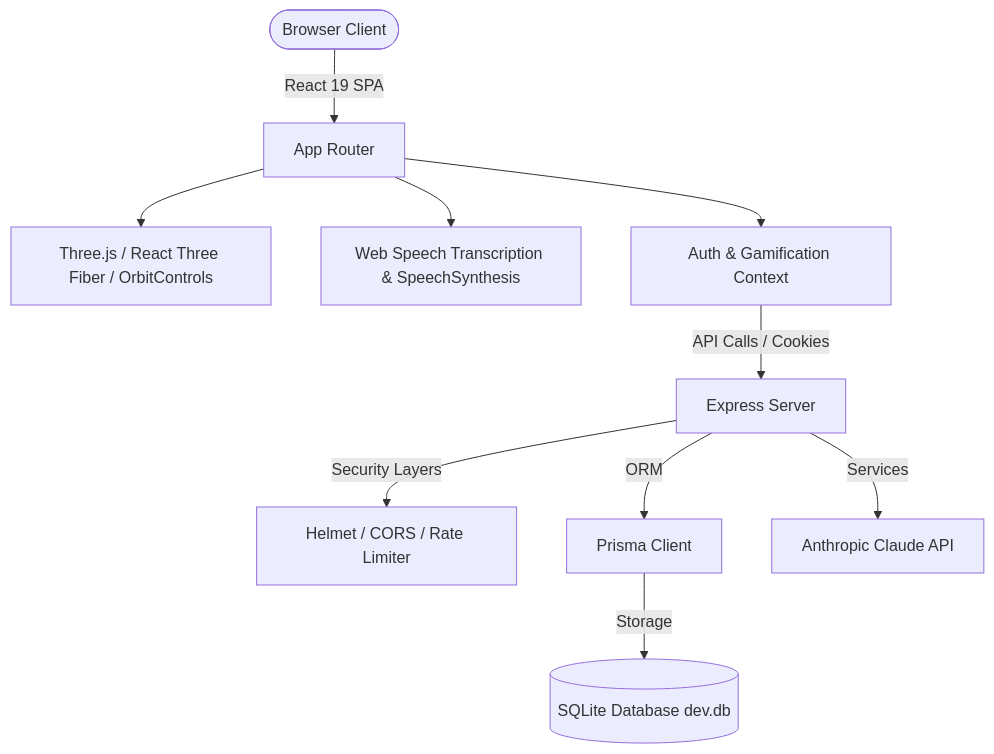
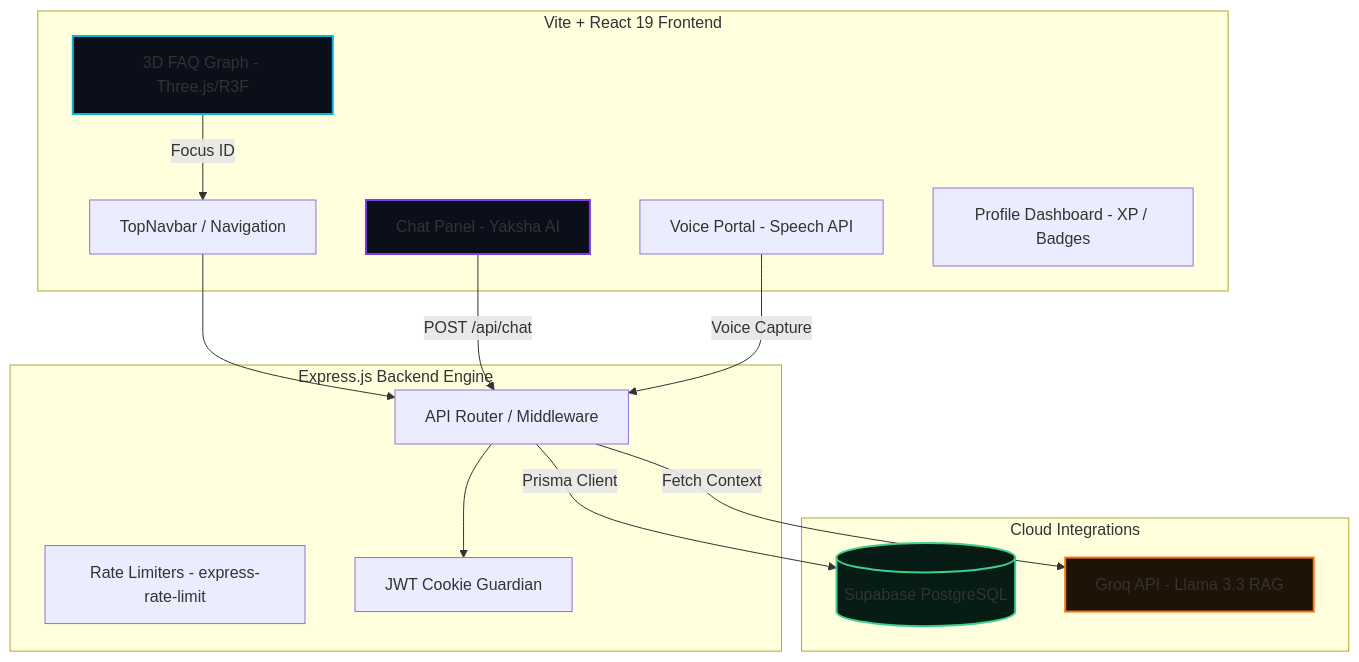
One commit to badgujarkunal93-blip/CS-FAQ-Phase-1-Project changed the diagram in README.md. Above: the diagram before and after it, drawn with Mermaid. The commit also changed other lines of this file, not shown here.

Commit message:
Upgraded README.md with technology badges, Mermaid architecture diagrams, and clean deployment guidelines

````diff
--- a/README.md
+++ b/README.md
@@ -28,14 +19,39 @@
 ```mermaid
 graph TD
-  User([Browser Client]) -->|React 19 SPA| Router[App Router]
-  Router --> R3F[Three.js / React Three Fiber / OrbitControls]
-  Router --> Voice[Web Speech Transcription & SpeechSynthesis]
-  Router --> AuthContext[Auth & Gamification Context]
-  
-  AuthContext -->|API Calls / Cookies| Express[Express Server]
-  Express -->|Security Layers| Helmet[Helmet / CORS / Rate Limiter]
-  Express -->|ORM| Prisma[Prisma Client]
-  Prisma -->|Storage| SQLite[(SQLite Database dev.db)]
-  
-  Express -->|Services| Claude[Anthropic Claude API]
+    %% Frontend Components
+    subgraph Client [Vite + React 19 Frontend]
+        UI[TopNavbar / Navigation]
+        Graph[3D FAQ Graph - Three.js/R3F]
+        Chat[Chat Panel - Yaksha AI]
+        Voice[Voice Portal - Speech API]
+        Spurti[Profile Dashboard - XP / Badges]
+    end
+
+    %% Backend Components
+    subgraph Server [Express.js Backend Engine]
+        API[API Router / Middleware]
+        Limiter[Rate Limiters - express-rate-limit]
+        Auth[JWT Cookie Guardian]
+    end
+
+    %% Integrations
+    subgraph Services [Cloud Integrations]
+        Postgres[(Supabase PostgreSQL)]
+        Groq[Groq API - Llama 3.3 RAG]
+    end
+
+    %% Connections
+    UI --> API
+    Chat -->|POST /api/chat| API
+    Voice -->|Voice Capture| API
+    Graph -->|Focus ID| UI
+    
+    API --> Auth
+    API -->|Prisma Client| Postgres
+    API -->|Fetch Context| Groq
+    
+    style Graph fill:#0b0f19,stroke:#06b6d4,stroke-width:2px
+    style Chat fill:#0b0f19,stroke:#7c3aed,stroke-width:2px
+    style Postgres fill:#071c14,stroke:#3ecf8e,stroke-width:2px
+    style Groq fill:#1f1307,stroke:#f97316,stroke-width:2px
 ```
````
